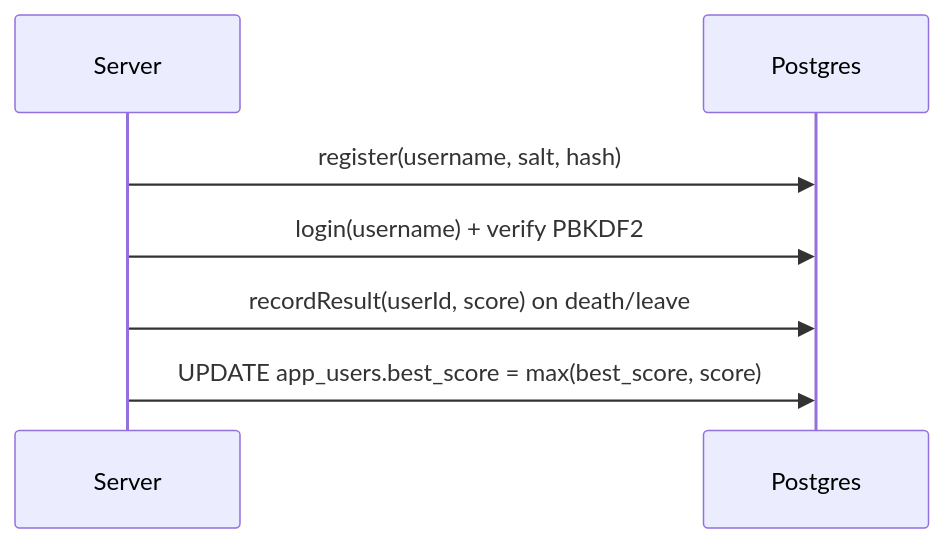
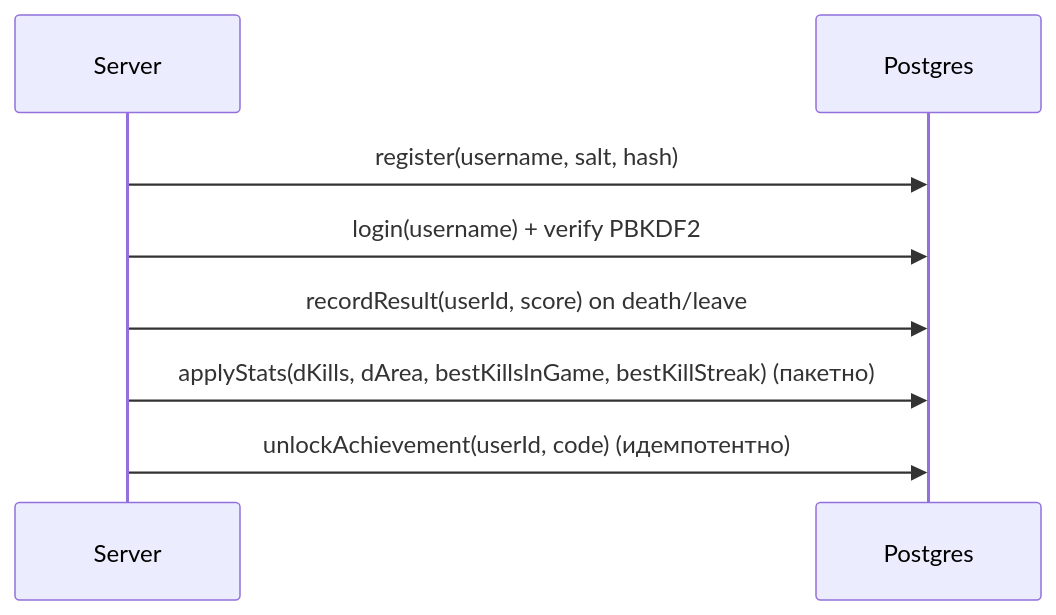
One commit to Ya-Danya/ppaGame changed the second of 2 diagrams in docs/ARCHITECTURE.md. Above: the diagram before and after it, drawn with Mermaid. The commit also changed other lines of this file and 16 other files, not shown here.

````diff
--- a/docs/ARCHITECTURE.md
+++ b/docs/ARCHITECTURE.md
@@ -46,10 +56,11 @@
 ```mermaid
 sequenceDiagram
   participant S as Server
   participant DB as Postgres
 
   S->>DB: register(username, salt, hash)
   S->>DB: login(username) + verify PBKDF2
   S->>DB: recordResult(userId, score) on death/leave
-  S->>DB: UPDATE app_users.best_score = max(best_score, score)
+  S->>DB: applyStats(dKills, dArea, bestKillsInGame, bestKillStreak) (пакетно)
+  S->>DB: unlockAchievement(userId, code) (идемпотентно)
 ```
````
